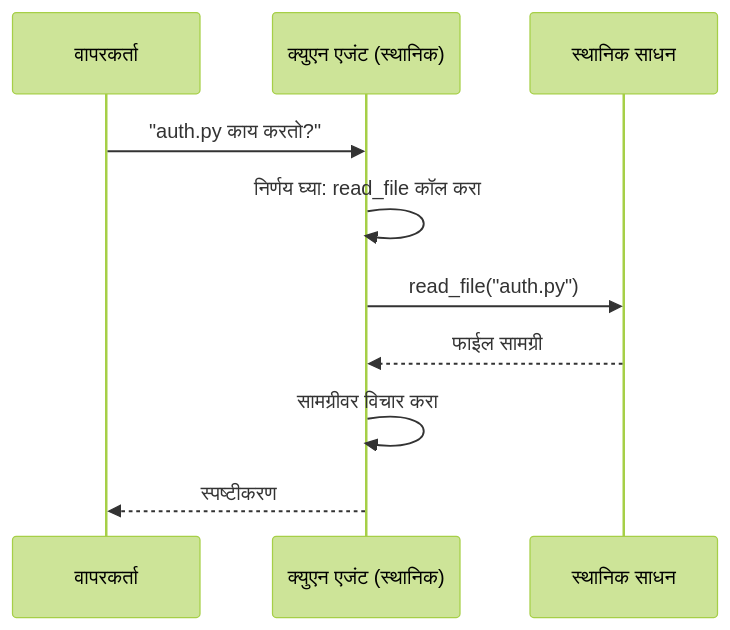
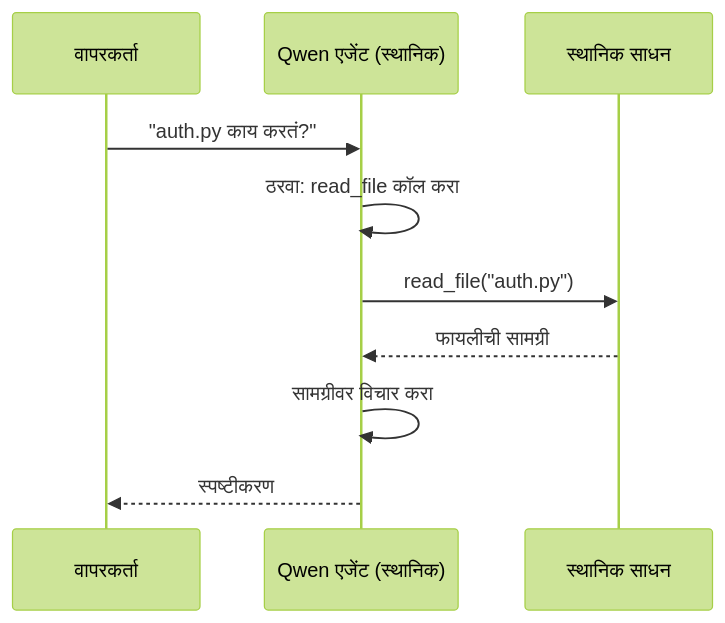
Before and after one commit to microsoft/ai-agents-for-beginners: the second of 4 diagrams in translations/mr/17-creating-local-ai-agents/README.md, drawn with Mermaid (forest theme). The commit also changed other lines of this file and 45 other files, not shown here.

````diff
--- a/translations/mr/17-creating-local-ai-agents/README.md
+++ b/translations/mr/17-creating-local-ai-agents/README.md
@@ -106,12 +106,12 @@
 ```mermaid
 sequenceDiagram
     participant U as वापरकर्ता
-    participant A as क्युएन एजंट (स्थानिक)
+    participant A as Qwen एजेंट (स्थानिक)
     participant T as स्थानिक साधन
-    U->>A: "auth.py काय करतो?"
-    A->>A: निर्णय घ्या: read_file कॉल करा
+    U->>A: "auth.py काय करतं?"
+    A->>A: ठरवा: read_file कॉल करा
     A->>T: read_file("auth.py")
-    T-->>A: फाईल सामग्री
+    T-->>A: फायलीची सामग्री
     A->>A: सामग्रीवर विचार करा
     A-->>U: स्पष्टीकरण
 ```
````
